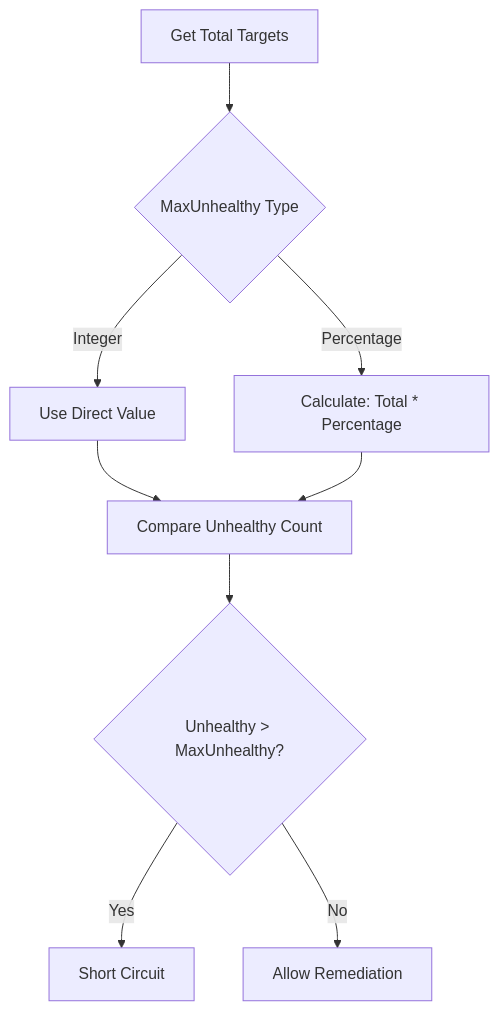
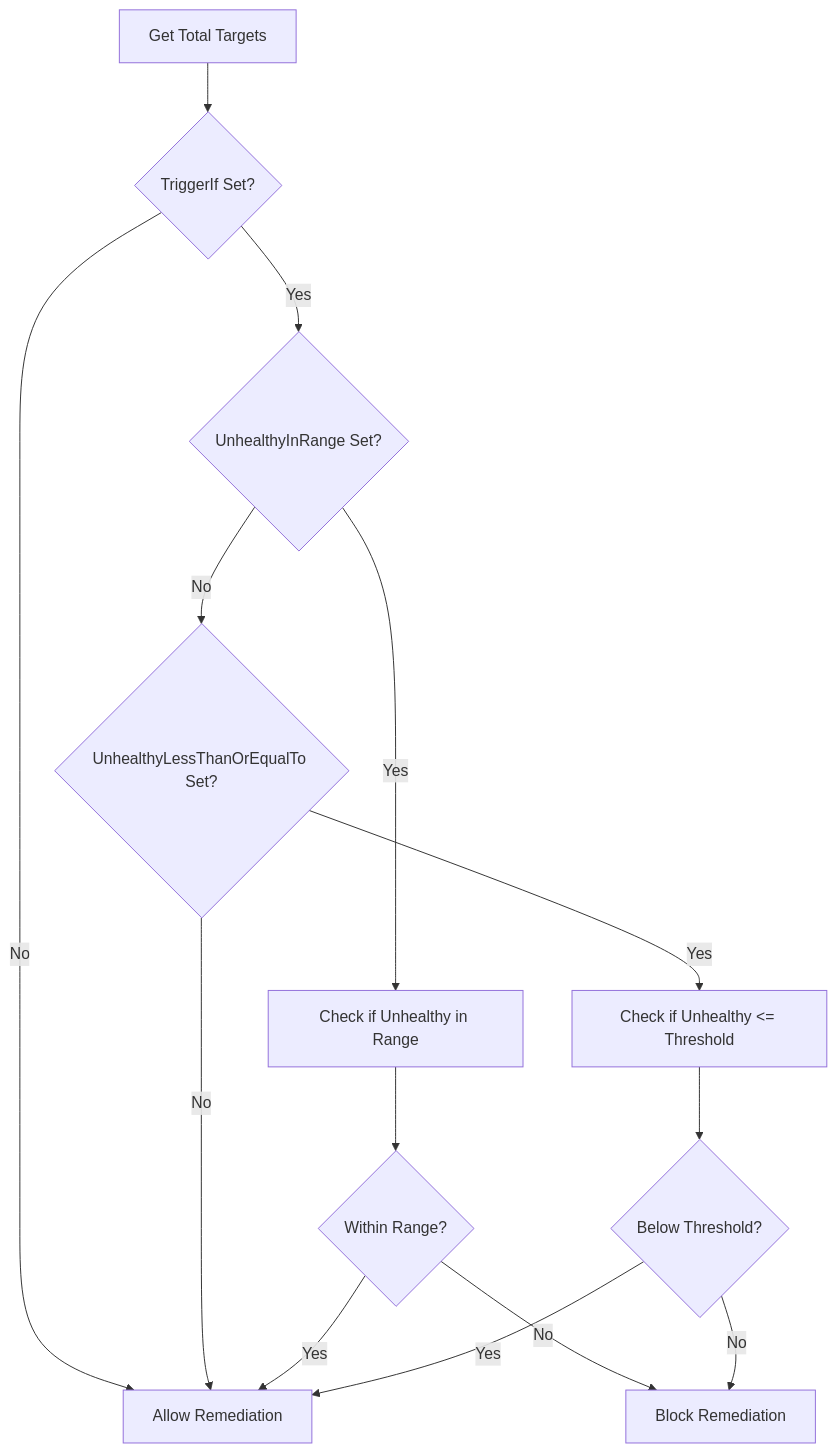
Before and after one commit to seanyen/cluster-api: the fourth of 6 diagrams in ai-gen/internal/controllers/machinehealthcheck_controller.md, drawn with Mermaid. The commit also changed other lines of this file and 8 other files, not shown here.

````diff
--- a/ai-gen/internal/controllers/machinehealthcheck_controller.md
+++ b/ai-gen/internal/controllers/machinehealthcheck_controller.md
@@ -147,11 +160,16 @@
 ```mermaid
 flowchart TD
-    A[Get Total Targets] --> B{MaxUnhealthy Type}
-    B -->|Integer| C[Use Direct Value]
-    B -->|Percentage| D[Calculate: Total * Percentage]
-    C --> E[Compare Unhealthy Count]
-    D --> E
-    E --> F{Unhealthy > MaxUnhealthy?}
-    F -->|Yes| G[Short Circuit]
-    F -->|No| H[Allow Remediation]
+    A[Get Total Targets] --> B{TriggerIf Set?}
+    B -->|No| H[Always Allow Remediation]
+    B -->|Yes| C{UnhealthyInRange Set?}
+    C -->|Yes| D[Check if Unhealthy in Range]
+    C -->|No| E{UnhealthyLessThanOrEqualTo Set?}
+    E -->|Yes| F[Check if Unhealthy <= Threshold]
+    E -->|No| H
+    D --> G{Within Range?}
+    G -->|Yes| H[Allow Remediation]
+    G -->|No| I[Block Remediation]
+    F --> J{Below Threshold?}
+    J -->|Yes| H
+    J -->|No| I
 ```
````
